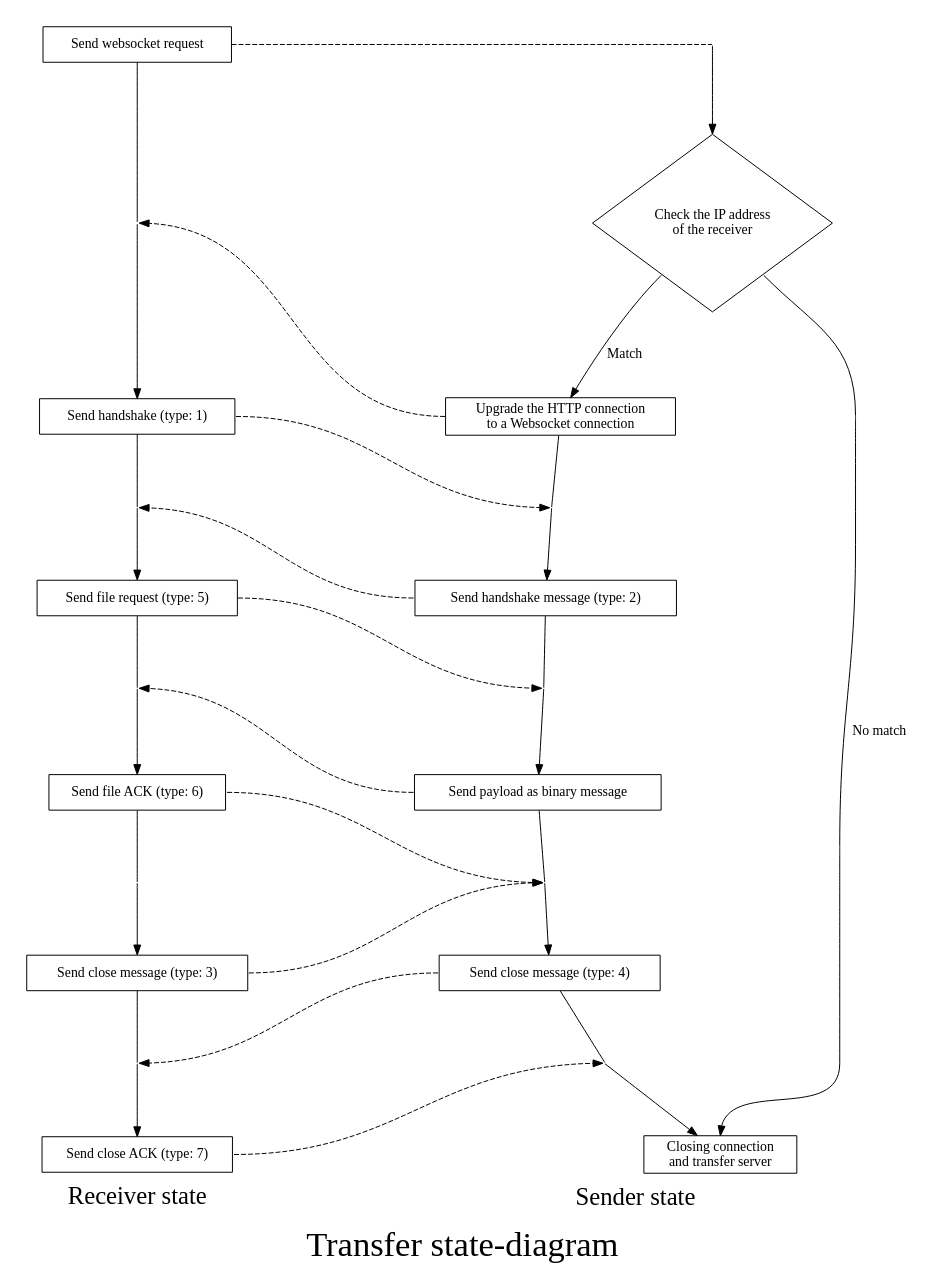
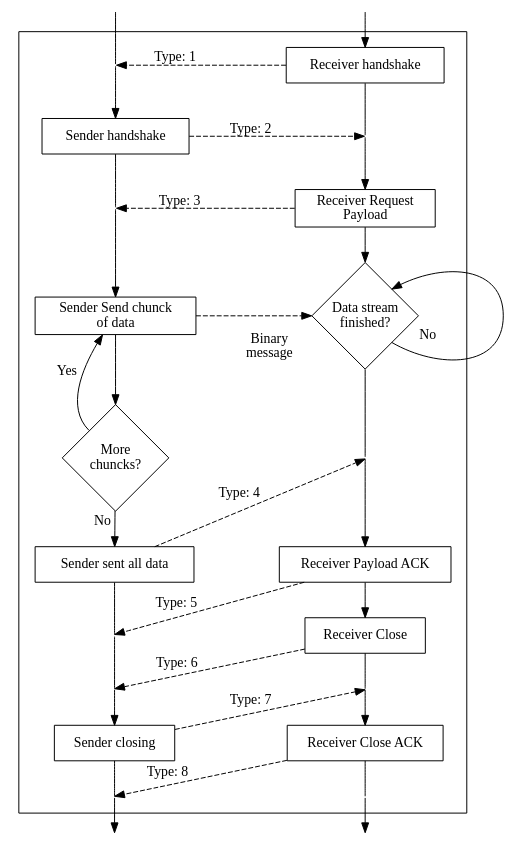
One commit to SpatiumPortae/portal changed the diagram in assets/transfer-state.dot. Above: the diagram before and after it, drawn with Graphviz. The commit also changed 3 other files, not shown here.

```diff
--- a/assets/transfer-state.dot
+++ b/assets/transfer-state.dot
@@ -1,89 +1,72 @@
-digraph  G {
-  label = "Transfer state-diagram"
-  fontsize = 35
-  subgraph cluster_sender_state {
+digraph G {
+  rankdir=TD
+  rank=same
+  nodesep=1.2
+  subgraph cluster_container {
+    subgraph cluster_sender_state {
+        node[shape=box]
+        SenderHandshake [label="Sender handshake"] 
+        SenderSendChunck [label="Sender Send chunck\nof data"]
+        SenderSentPayload [label="Sender sent all data"]
+        SenderClosing [label="Sender closing"]
 
-    node[shape=box]
+        node[shape=diamond, width=1.5, height=1.5, fixedsize=true]
+        SenderStream [label="More\nchuncks?"]
 
-    SenderCheckIP [shape=diamond, width=2.5, height=2.5,label= "Check the IP address\nof the receiver"]
-    SenderUpgradeWebsocket [label="Upgrade the HTTP connection\nto a Websocket connection"]
-    SenderHandShakeMessage [label= "Send handshake message (type: 2)"]
-    SenderPayload [label= "Send payload as binary message"]
-    SenderCloseMessage [label= "Send close message (type: 4)"]
-    SenderClose [label="Closing connection\nand transfer server"]
-    
-    node[label="",shape=none, width=0, height=0, fixedsize=false] s0;  s2; s3; s4; s5;
-    s0 -> SenderCheckIP
-    SenderCheckIP:sw -> SenderUpgradeWebsocket [label="Match"]
-    SenderUpgradeWebsocket -> s2 [arrowhead=none]
-    s2 -> SenderHandShakeMessage
-    SenderHandShakeMessage -> s3 [arrowhead=none] 
-    s3 -> SenderPayload
-    SenderPayload -> s4 [arrowhead=none] 
-    s4 -> SenderCloseMessage
-    SenderCloseMessage -> s5 [arrowhead=none] 
-    s5 -> SenderClose
-  
-    SenderCheckIP:se -> SenderClose:n [label="No match"]
+        node[label="",shape=none, width=0, height=0, fixedsize=false]
+        s1 -> SenderHandshake
+        SenderHandshake -> s2 [arrowhead=none]
+        s2 -> SenderSendChunck -> SenderStream
+        SenderStream -> SenderSentPayload [xlabel="No "]
+        SenderSentPayload -> s3 -> s4 [arrowhead=none]
+        s4 -> SenderClosing 
+        SenderClosing -> s5 [arrowhead=none]
 
-    
-  
-		label = "Sender state";
-    fontsize = 25;
-    labelloc = b;
-		color="#FCECEE";
-    rankdir=TB;
-    rank = same;
-    peripheries=0
-	}
+        SenderStream:nw -> SenderSendChunck[xlabel="Yes "]
+        peripheries=0
 
-  subgraph cluster_receiver_state {
-    node [shape=box]
+      }
+      subgraph cluster_receiver_state {
+        node[shape=box]
+        ReceiverHandshake [label="Receiver handshake"]
+        ReceiverRequestPayload [label= "Receiver Request\nPayload"]
+        ReceiverPayloadACK [label="Receiver Payload ACK"]
+        ReceiverClosing [label="Receiver Close"]
+        ReceiverClosingACK [label= "Receiver Close ACK"]
 
-    ReceiverEstablishConnection [label="Send websocket request"]
-    ReceiverHandshake [label="Send handshake (type: 1)"]
-    ReceiverFileRequest [label= "Send file request (type: 5)"]
-    ReceiverFileAck [label="Send file ACK (type: 6)"]
-    ReceiverCloseMessage [label = "Send close message (type: 3)"]
-    ReceiverCloseAck [label = "Send close ACK (type: 7)"]
-    node[label="",shape=none, width=0, height=0, fixedsize=false] r1; r2; r3; r4; r5;
+        node[shape=diamond, width=1.5, height=1.5, fixedsize=true]
+        ReceiverStream [label="Data stream\nfinished?"]
 
-    // intermidiary nodes to allow arrow to arrow
-    ReceiverEstablishConnection -> r1 [arrowhead=none] 
-    r1 -> ReceiverHandshake 
-    ReceiverHandshake -> r2 [arrowhead=none]  
-    r2 -> ReceiverFileRequest
-    ReceiverFileRequest -> r3 [arrowhead=none] 
-    r3 -> ReceiverFileAck 
-    ReceiverFileAck -> r4 [arrowhead=none] 
-    r4 -> ReceiverCloseMessage
-    ReceiverCloseMessage -> r5 [arrowhead=none] 
-    r5 -> ReceiverCloseAck
+        node[label="",shape=none, width=0, height=0, fixedsize=false]
+        ReceiverHandshake -> r1 [arrowhead=none]
+        r1 -> ReceiverRequestPayload -> ReceiverStream
+        ReceiverStream -> r2 [arrowhead=none]
+        r2 -> ReceiverPayloadACK -> ReceiverClosing
+        ReceiverClosing -> r3 [arrowhead=none]
+        r3 -> ReceiverClosingACK
+        ReceiverClosingACK -> r4 [arrowhead=none]
+
+        ReceiverStream:se -> ReceiverStream:ne [xlabel="       No"]
+        peripheries=0
+      }
+      edge[style=dashed, constraint=false]
+      ReceiverHandshake -> s1 [xlabel="Type: 1"]
+      SenderHandshake -> r1 [xlabel="Type: 2"]
+      ReceiverRequestPayload -> s2 [xlabel="Type: 3"]
+      SenderSendChunck -> ReceiverStream [xlabel= "\nBinary\nmessage"]
+      SenderSentPayload -> r2 [xlabel="Type: 4"]
+      ReceiverPayloadACK -> s3 [xlabel="Type: 5"]
+      ReceiverClosing -> s4 [xlabel="Type: 6"]
+      SenderClosing -> r3 [xlabel="Type: 7"]
+      ReceiverClosingACK -> s5 [xlabel="Type: 8"]
+    }
+
+    node[label="",shape=none, width=0, height=0, fixedsize=false]
+
+    s0 -> s1 [arrowhead=none]
+    s5 -> s6
+    r0 -> ReceiverHandshake
+    r4 -> r5
 
 
-
-    label = "Receiver state";
-    fontsize = 25;
-    labelloc = b;
-		color="#FCECEE";
-    rankdir=TB;
-    rank = same; 
-    peripheries=0
-	}
-  edge [style=dashed, constraint=false]
-
-  ReceiverEstablishConnection:e -> s0:w
-  SenderUpgradeWebsocket:w -> r1:e
-  ReceiverHandshake:e -> s2:w
-  SenderHandShakeMessage:w -> r2:e
-  ReceiverFileRequest:e -> s3:w
-  SenderPayload:w -> r3:e 
-  ReceiverFileAck:e -> s4:w 
-  ReceiverCloseMessage:e -> s4:w
-  SenderCloseMessage:w -> r5:e
-  ReceiverCloseAck:e -> s5:w
-  
-
-  nodesep=2.5;
-  ranksep=1
-}
+  }
```
